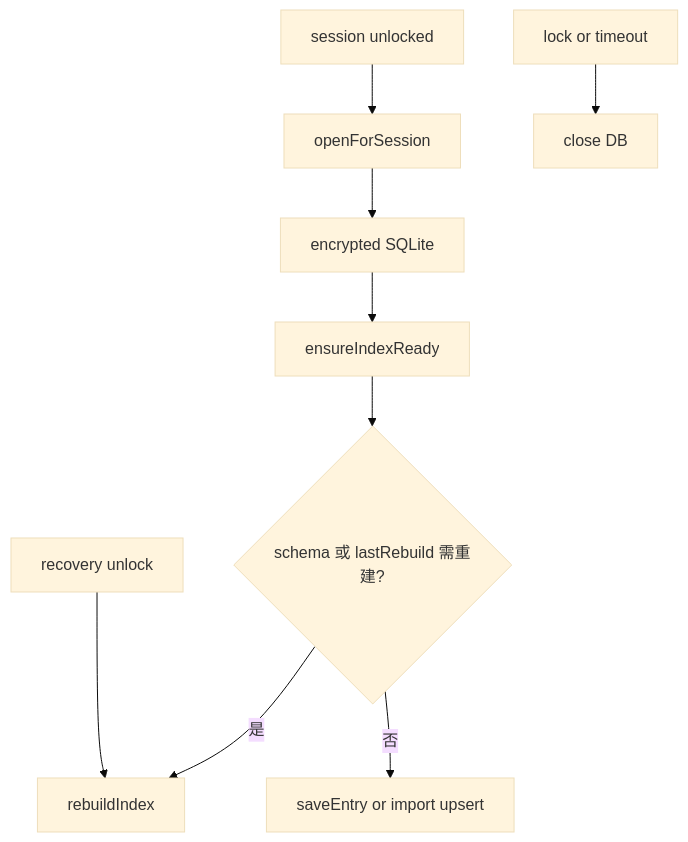
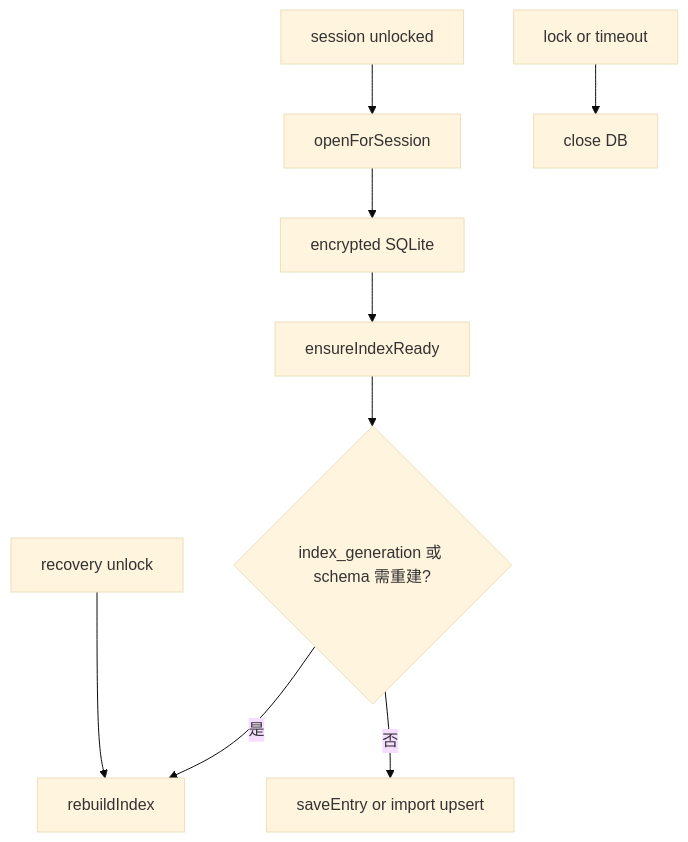
One commit to zack20136/quill-diary changed the diagram in docs/介紹/索引資料庫.md. Above: the diagram before and after it, drawn with Mermaid (base theme). The commit also changed other lines of this file and 15 other files, not shown here.

````diff
--- a/docs/介紹/索引資料庫.md
+++ b/docs/介紹/索引資料庫.md
@@ -29,11 +29,11 @@
 ```mermaid
 flowchart TD
     unlock[session unlocked] --> open[openForSession]
     open --> use[encrypted SQLite]
     use --> ensure[ensureIndexReady]
-    ensure --> schema{schema 或 lastRebuild 需重建?}
+    ensure --> schema{index_generation 或 schema 需重建?}
     schema -->|是| rebuild[rebuildIndex]
     schema -->|否| sync[saveEntry or import upsert]
     lock[lock or timeout] --> close[close DB]
     recovery[recovery unlock] --> rebuild
 ```
````
